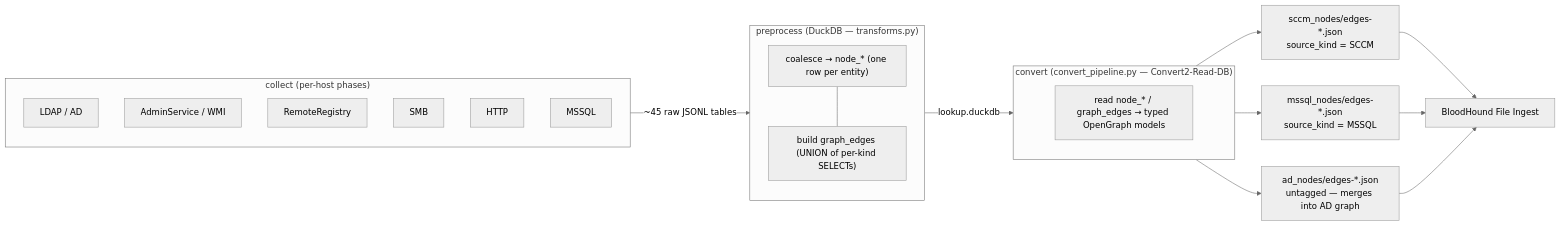
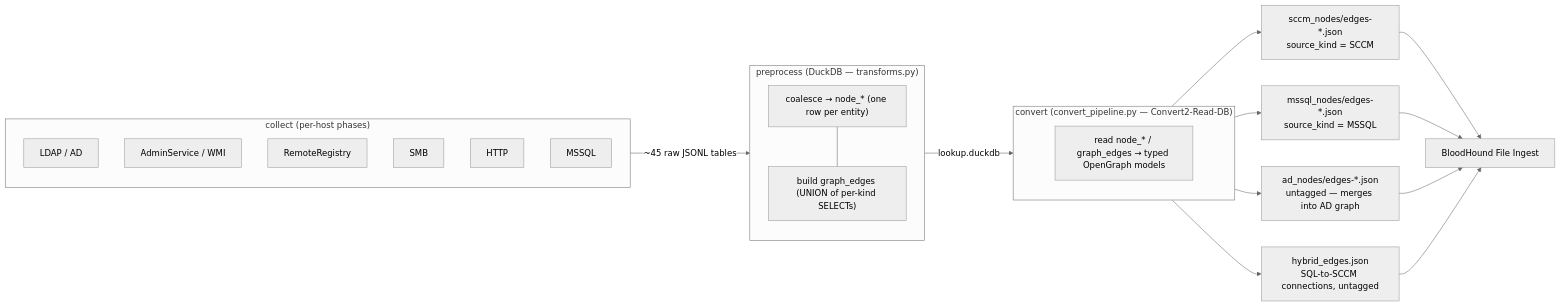
One commit to SpecterOps/ConfigManBearPig changed the first of 3 diagrams in README.md. Above: the diagram before and after it, drawn with Mermaid (neutral theme). The commit also changed other lines of this file and 133 other files, not shown here.

````diff
--- a/README.md
+++ b/README.md
@@ -944,29 +1043,31 @@
 ```mermaid
 flowchart LR
     subgraph C["collect (per-host phases)"]
         direction TB
         LDAP[LDAP / AD]
         ADM[AdminService / WMI]
         RR[RemoteRegistry]
         SMB[SMB]
         HTTP[HTTP]
         SQL[MSSQL]
     end
     C -->|"~45 raw JSONL tables"| P
     subgraph P["preprocess (DuckDB — transforms.py)"]
         direction TB
         COAL["coalesce → node_* (one row per entity)"]
         EDG["build graph_edges (UNION of per-kind SELECTs)"]
         COAL --- EDG
     end
     P -->|"lookup.duckdb"| V
     subgraph V["convert (convert_pipeline.py — Convert2-Read-DB)"]
         RD["read node_* / graph_edges → typed OpenGraph models"]
     end
     V --> O1["sccm_nodes/edges-*.json<br/>source_kind = SCCM"]
     V --> O3["mssql_nodes/edges-*.json<br/>source_kind = MSSQL"]
     V --> O2["ad_nodes/edges-*.json<br/>untagged — merges into AD graph"]
+    V --> O4["hybrid_edges.json<br/>SQL-to-SCCM connections, untagged"]
     O1 --> BH["BloodHound File Ingest"]
     O3 --> BH
     O2 --> BH
+    O4 --> BH
 ```
````
